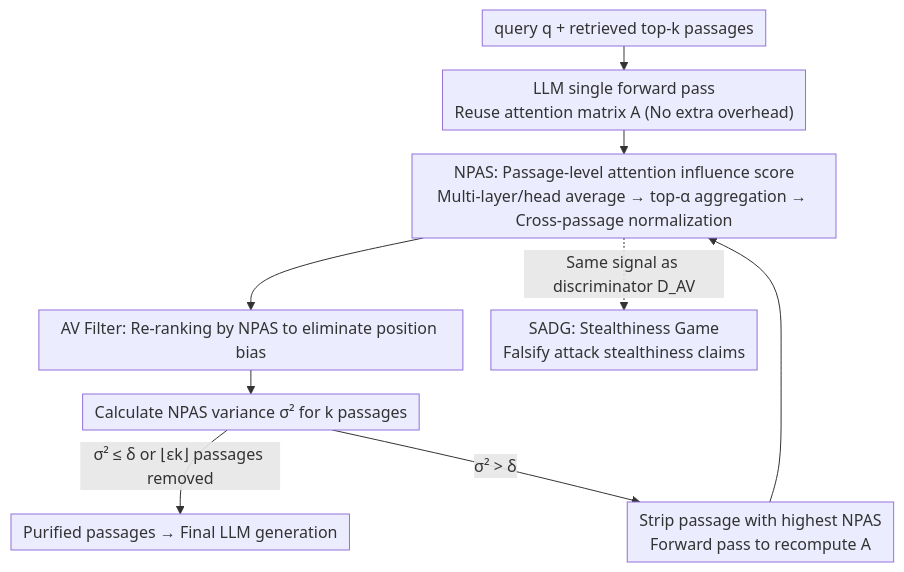
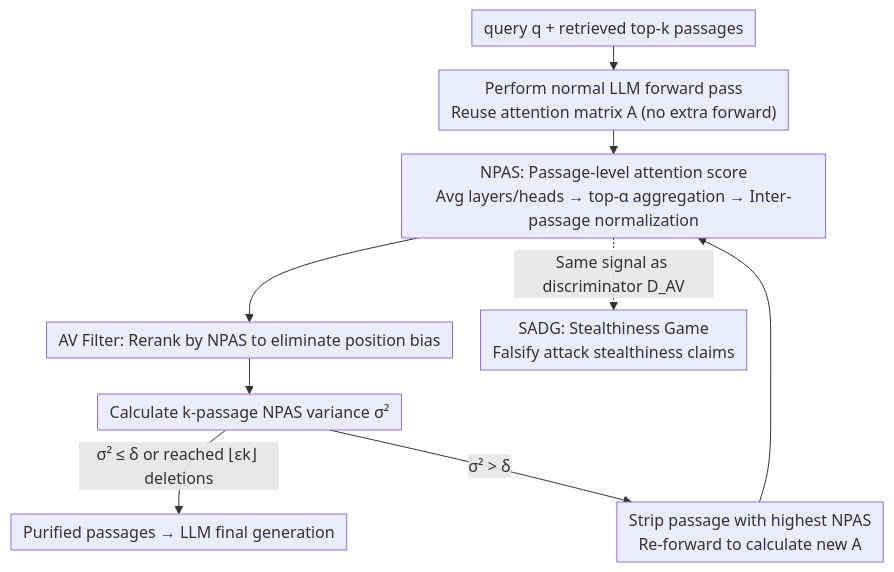
The diagram in docs/ICML2026/information_retrieval/through_the_stealth_lens_attention-aware_defenses_against_poisoning_in_rag.md (zhaoyang97/Paper-Notes-en), drawn with Mermaid before and after one commit. The commit also changed other lines of this file and 5084 other files, not shown here.

````diff
--- a/docs/ICML2026/information_retrieval/through_the_stealth_lens_attention-aware_defenses_against_poisoning_in_rag.md
+++ b/docs/ICML2026/information_retrieval/through_the_stealth_lens_attention-aware_defenses_against_poisoning_in_rag.md
@@ -42,12 +42,12 @@
 ```mermaid
 %%{init: {'flowchart': {'rankSpacing': 24, 'nodeSpacing': 28, 'padding': 6, 'wrappingWidth': 400}}}%%
 flowchart TD
-    A["query q + retrieved top-k passages"] --> B["LLM single forward pass<br/>Reuse attention matrix A (No extra overhead)"]
-    B --> C["NPAS: Passage-level attention influence score<br/>Multi-layer/head average → top-α aggregation → Cross-passage normalization"]
-    C --> D["AV Filter: Re-ranking by NPAS to eliminate position bias"]
-    D --> E["Calculate NPAS variance σ² for k passages"]
-    E -->|"σ² ≤ δ or ⌊εk⌋ passages removed"| G["Purified passages → Final LLM generation"]
-    E -->|"σ² > δ"| F["Strip passage with highest NPAS<br/>Forward pass to recompute A"]
+    A["query q + retrieved top-k passages"] --> B["Perform normal LLM forward pass<br/>Reuse attention matrix A (no extra forward)"]
+    B --> C["NPAS: Passage-level attention score<br/>Avg layers/heads → top-α aggregation → Inter-passage normalization"]
+    C --> D["AV Filter: Rerank by NPAS to eliminate position bias"]
+    D --> E["Calculate k-passage NPAS variance σ²"]
+    E -->|"σ² ≤ δ or reached ⌊εk⌋ deletions"| G["Purified passages → LLM final generation"]
+    E -->|"σ² > δ"| F["Strip passage with highest NPAS<br/>Re-forward to calculate new A"]
     F --> C
     C -.->|"Same signal as discriminator D_AV"| H["SADG: Stealthiness Game<br/>Falsify attack stealthiness claims"]
 ```
````
